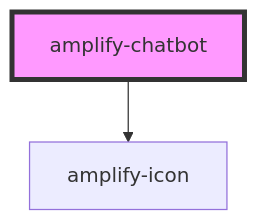
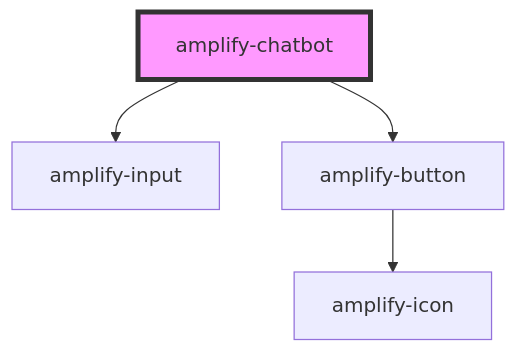
Before and after one commit to aws-amplify/amplify-js: the diagram in packages/amplify-ui-components/src/components/amplify-chatbot/readme.md, drawn with Mermaid. The commit also changed other lines of this file and 33 other files, not shown here.

Commit message:
Expose additional css variables and add icon variant to button

````diff
--- a/packages/amplify-ui-components/src/components/amplify-chatbot/readme.md
+++ b/packages/amplify-ui-components/src/components/amplify-chatbot/readme.md
@@ -27,5 +28,7 @@
 ```mermaid
 graph TD;
-  amplify-chatbot --> amplify-icon
+  amplify-chatbot --> amplify-input
+  amplify-chatbot --> amplify-button
+  amplify-button --> amplify-icon
   style amplify-chatbot fill:#f9f,stroke:#333,stroke-width:4px
 ```
````
